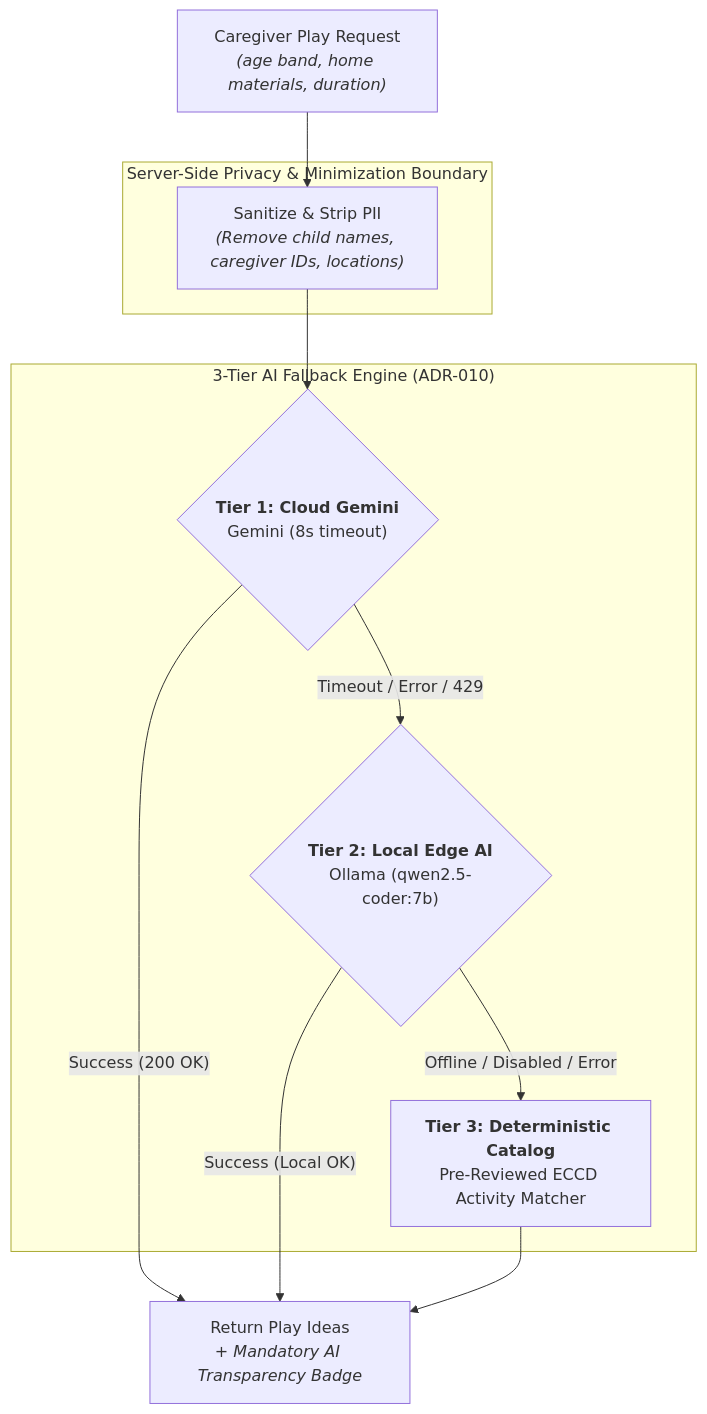
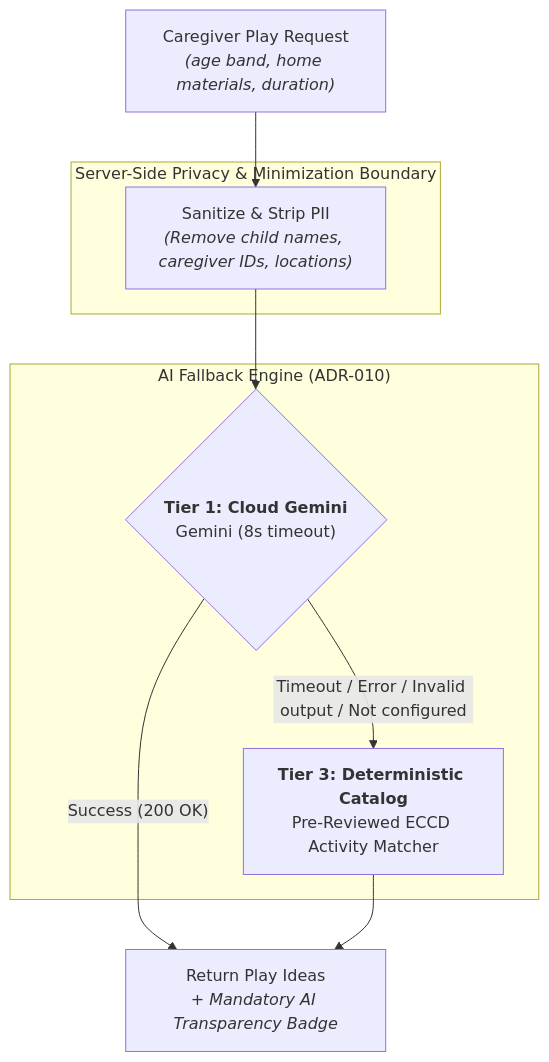
Before and after one commit to Thesis-Titans/littlesteps-docs: the diagram in docs/security-privacy-ai.md, drawn with Mermaid. The commit also changed other lines of this file and 6 other files, not shown here.

First line of the commit message:
docs: show the AI fallback as built, with Ollama as planned

````diff
--- a/docs/security-privacy-ai.md
+++ b/docs/security-privacy-ai.md
@@ -106,23 +106,20 @@
 ```mermaid
 flowchart TD
     Req["Caregiver Play Request<br/><i>(age band, home materials, duration)</i>"]
     
     subgraph PrivacyFilter["Server-Side Privacy & Minimization Boundary"]
         Sanitize["Sanitize & Strip PII<br/><i>(Remove child names, caregiver IDs, locations)</i>"]
     end
     
     Req --> Sanitize
 
-    subgraph FallbackEngine["3-Tier AI Fallback Engine (ADR-010)"]
+    subgraph FallbackEngine["AI Fallback Engine (ADR-010)"]
         T1{"<b>Tier 1: Cloud Gemini</b><br/>Gemini (8s timeout)"}
-        T2{"<b>Tier 2: Local Edge AI</b><br/>Ollama (qwen2.5-coder:7b)"}
         T3["<b>Tier 3: Deterministic Catalog</b><br/>Pre-Reviewed ECCD Activity Matcher"]
     end
 
     Sanitize --> T1
     T1 -- "Success (200 OK)" --> Response["Return Play Ideas<br/><i>+ Mandatory AI Transparency Badge</i>"]
-    T1 -- "Timeout / Error / 429" --> T2
-    T2 -- "Success (Local OK)" --> Response
-    T2 -- "Offline / Disabled / Error" --> T3
+    T1 -- "Timeout / Error / Invalid output / Not configured" --> T3
     T3 --> Response
 ```
````
